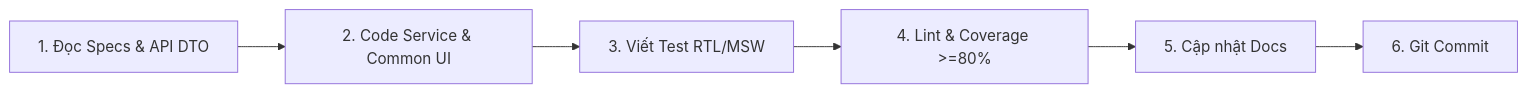
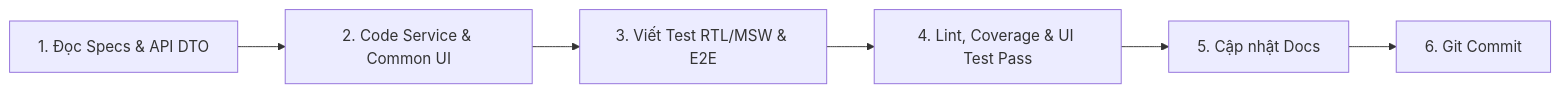
The diagram in crm/.agent/06-workflow.md (Exorcist11/chickie-studio), drawn with Mermaid before and after one commit. The commit also changed other lines of this file and 18 other files, not shown here.

````diff
--- a/crm/.agent/06-workflow.md
+++ b/crm/.agent/06-workflow.md
@@ -5,8 +5,8 @@
 ```mermaid
 flowchart LR
     A[1. Đọc Specs & API DTO] --> B[2. Code Service & Common UI]
-    B --> C[3. Viết Test RTL/MSW]
-    C --> D[4. Lint & Coverage >=80%]
+    B --> C[3. Viết Test RTL/MSW & E2E]
+    C --> D[4. Lint, Coverage & UI Test Pass]
     D --> E[5. Cập nhật Docs]
     E --> F[6. Git Commit]
 ```
````
